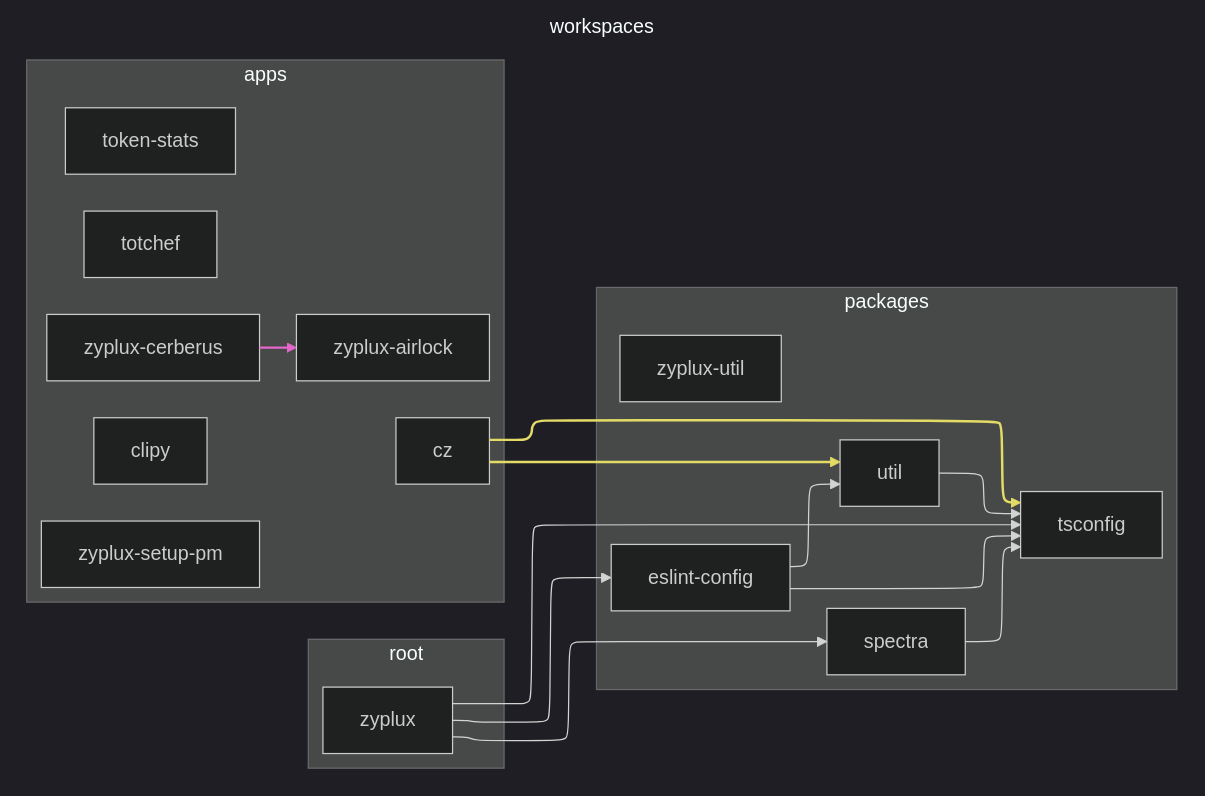
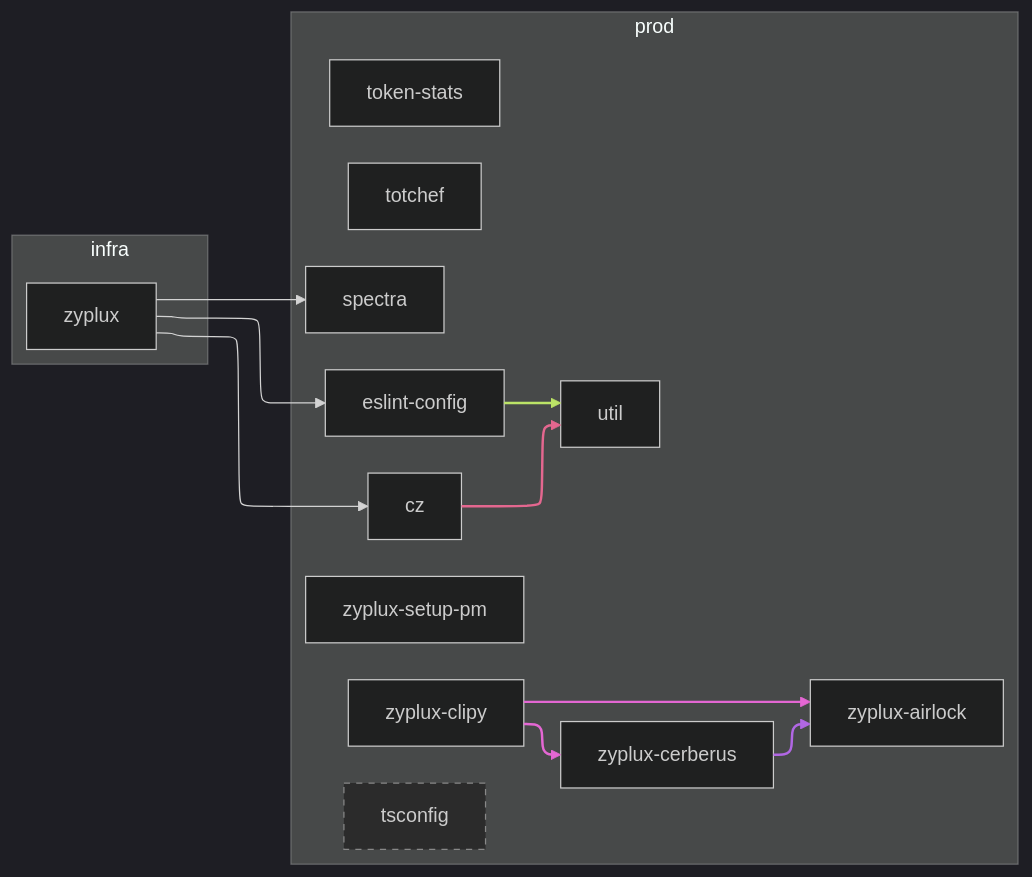
Before and after one commit to zyplux/zyplux: the diagram in WORKSPACE_GRAPH.md, drawn with Mermaid. The commit also changed other lines of this file and 95 other files, not shown here.

````diff
--- a/WORKSPACE_GRAPH.md
+++ b/WORKSPACE_GRAPH.md
@@ -5,45 +5,41 @@
 ```mermaid
 ---
 config:
   theme: dark
   layout: elk
 ---
 flowchart LR
-    subgraph workspaces
-        subgraph group_0["apps"]
-            ws_1["zyplux-setup-pm"]
-            ws_2["zyplux-airlock"]
-            ws_3["zyplux-cerberus"]
-            ws_4["clipy"]
-            ws_5["cz"]
-            ws_6["token-stats"]
-            ws_7["totchef"]
-        end
-        subgraph group_1["packages"]
-            ws_8["eslint-config"]
-            ws_9["spectra"]
-            ws_10["tsconfig"]
-            ws_11["util"]
-            ws_12["zyplux-util"]
-        end
-        subgraph group_2["root"]
-            ws_0["zyplux"]
-        end
+    subgraph group_infra["infra"]
+        ws_0["zyplux"]
     end
+    subgraph group_prod["prod"]
+        ws_1["zyplux-setup-pm"]
+        ws_2["zyplux-airlock"]
+        ws_3["zyplux-cerberus"]
+        ws_4["zyplux-clipy"]
+        ws_5["cz"]
+        ws_6["token-stats"]
+        ws_7["totchef"]
+        ws_8["eslint-config"]
+        ws_9["spectra"]
+        ws_10["tsconfig"]:::foundation
+        ws_11["util"]
+    end
+    ws_0 ws_0__ws_5@--> ws_5
     ws_0 ws_0__ws_8@--> ws_8
     ws_0 ws_0__ws_9@--> ws_9
-    ws_0 ws_0__ws_10@--> ws_10
     ws_3 ws_3__ws_2@--> ws_2
-    classDef ws_3_edges stroke:#e467c9,stroke-width:2px
+    classDef ws_3_edges stroke:#b167e4,stroke-width:2px
     class ws_3__ws_2 ws_3_edges
-    ws_5 ws_5__ws_10@--> ws_10
+    ws_4 ws_4__ws_2@--> ws_2
+    ws_4 ws_4__ws_3@--> ws_3
+    classDef ws_4_edges stroke:#e467d3,stroke-width:2px
+    class ws_4__ws_2,ws_4__ws_3 ws_4_edges
     ws_5 ws_5__ws_11@--> ws_11
-    classDef ws_5_edges stroke:#e4db67,stroke-width:2px
-    class ws_5__ws_10,ws_5__ws_11 ws_5_edges
-    ws_8 ws_8__ws_10@--> ws_10
+    classDef ws_5_edges stroke:#e4678f,stroke-width:2px
+    class ws_5__ws_11 ws_5_edges
     ws_8 ws_8__ws_11@--> ws_11
-    ws_9 ws_9__ws_10@--> ws_10
-    ws_11 ws_11__ws_10@--> ws_10
+    classDef ws_8_edges stroke:#bce467,stroke-width:2px
+    class ws_8__ws_11 ws_8_edges
     classDef foundation fill:#2b2b2b,stroke:#888,stroke-dasharray:5 5
-    style workspaces fill:transparent,stroke:none
 ```
````
